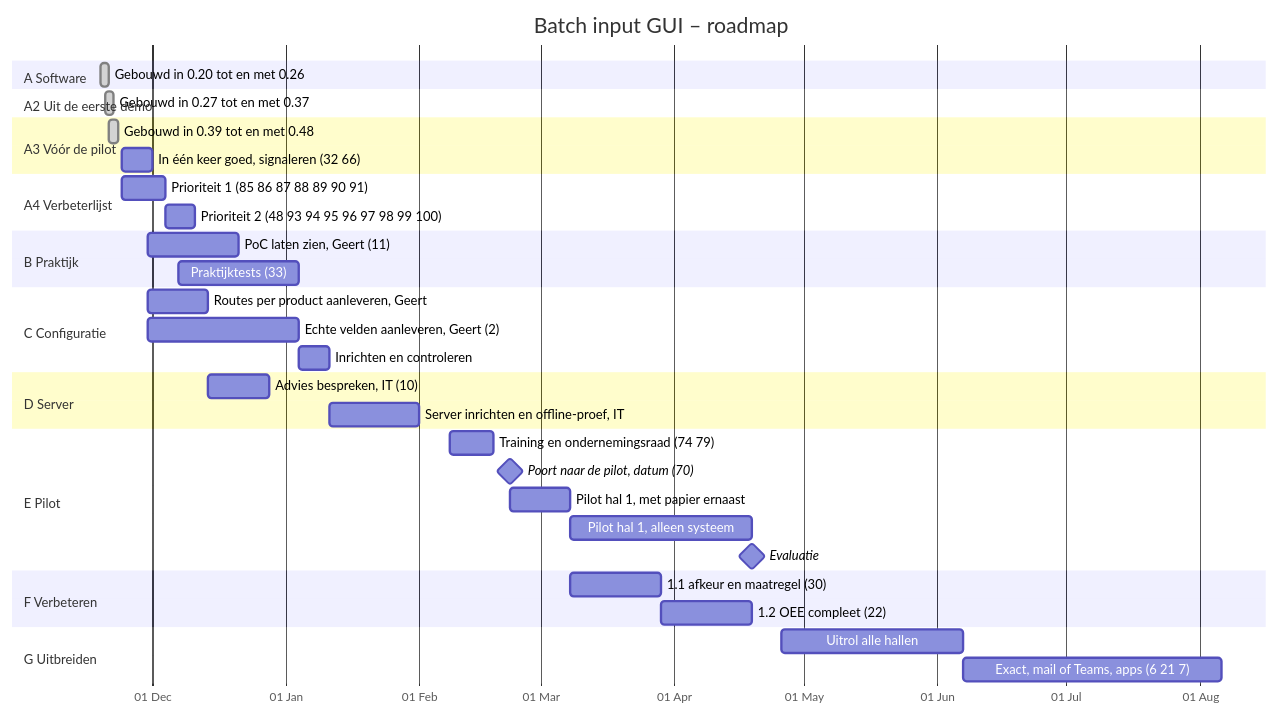
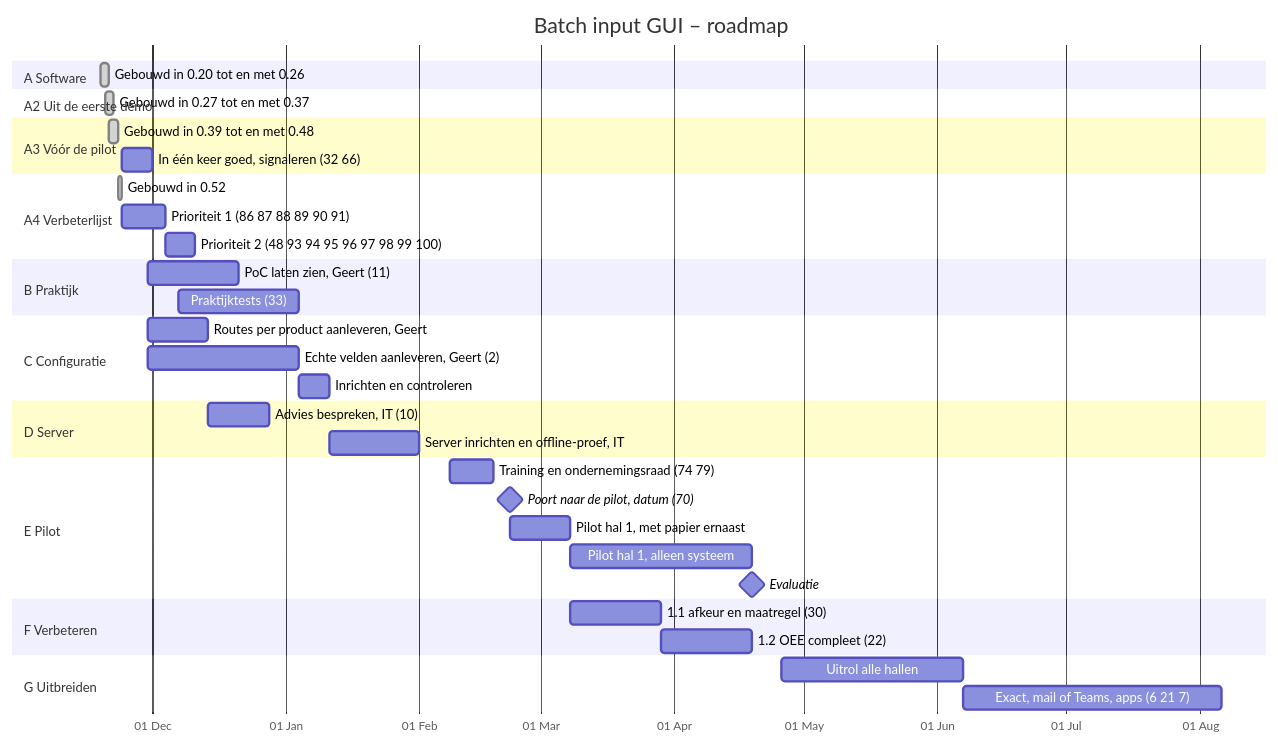
Before and after one commit to Gertjun/Manufacturing-Execution-System: the diagram in ROADMAP.md, drawn with Mermaid. The commit also changed other lines of this file and 30 other files, not shown here.

````diff
--- a/ROADMAP.md
+++ b/ROADMAP.md
@@ -12,49 +12,50 @@
 ```mermaid
 gantt
     title Batch input GUI – roadmap
     dateFormat YYYY-MM-DD
     axisFormat %d %b
     todayMarker on
 
     section A Software
     Gebouwd in 0.20 tot en met 0.26          :done, a1, 2026-11-19, 2d
 
     section A2 Uit de eerste demo
     Gebouwd in 0.27 tot en met 0.37          :done, a2, 2026-11-20, 2d
 
     section A3 Vóór de pilot
     Gebouwd in 0.39 tot en met 0.48          :done, a3a, 2026-11-21, 2d
     In één keer goed, signaleren (32 66)     :a3b, 2026-11-24, 7d
 
     section A4 Verbeterlijst
-    Prioriteit 1 (85 86 87 88 89 90 91)      :a4a, 2026-11-24, 10d
+    Gebouwd in 0.52                          :done, a4g, 2026-11-23, 1d
+    Prioriteit 1 (86 87 88 89 90 91)         :a4a, 2026-11-24, 10d
     Prioriteit 2 (48 93 94 95 96 97 98 99 100) :a4b, after a4a, 7d
 
     section B Praktijk
     PoC laten zien, Geert (11)               :b1, 2026-11-30, 21d
     Praktijktests (33)                       :b2, 2026-12-07, 28d
 
     section C Configuratie
     Routes per product aanleveren, Geert     :c0, 2026-11-30, 14d
     Echte velden aanleveren, Geert (2)       :c1, 2026-11-30, 35d
     Inrichten en controleren                 :c2, after c1, 7d
 
     section D Server
     Advies bespreken, IT (10)                :d1, 2026-12-14, 14d
     Server inrichten en offline-proef, IT    :d2, 2027-01-11, 21d
 
     section E Pilot
     Training en ondernemingsraad (74 79)     :e0, 2027-02-08, 10d
     Poort naar de pilot, datum (70)          :milestone, m1, 2027-02-22, 0d
     Pilot hal 1, met papier ernaast          :e1, 2027-02-22, 14d
     Pilot hal 1, alleen systeem              :e2, after e1, 42d
     Evaluatie                                :milestone, m2, 2027-04-19, 0d
 
     section F Verbeteren
     1.1 afkeur en maatregel (30)             :f1, 2027-03-08, 21d
     1.2 OEE compleet (22)                    :f2, after f1, 21d
 
     section G Uitbreiden
     Uitrol alle hallen                       :g1, 2027-04-26, 42d
     Exact, mail of Teams, apps (6 21 7)      :g2, 2027-06-07, 60d
 ```
````
